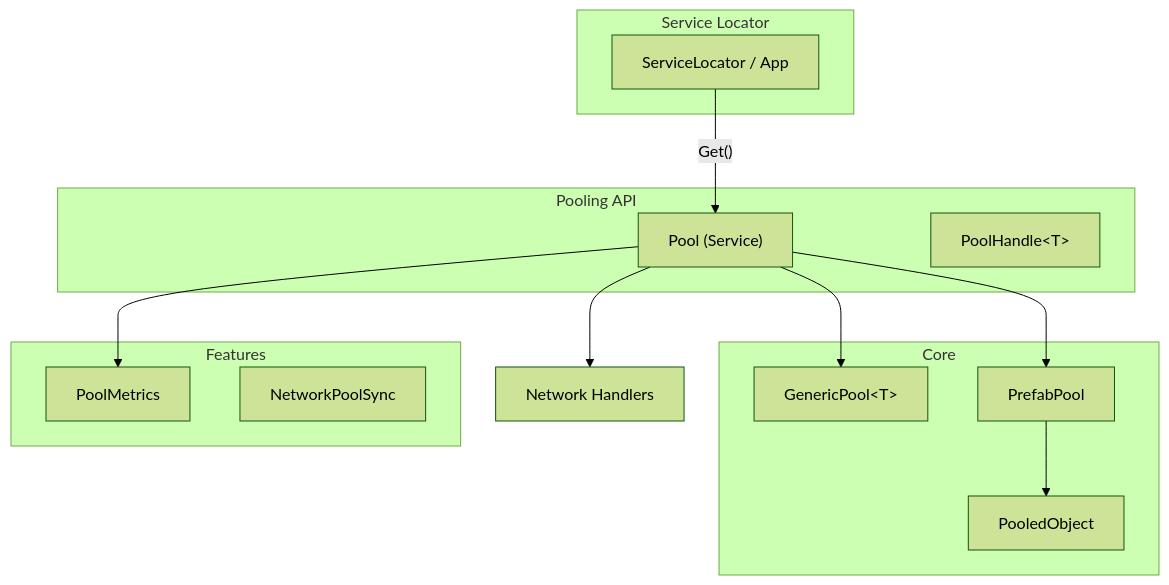
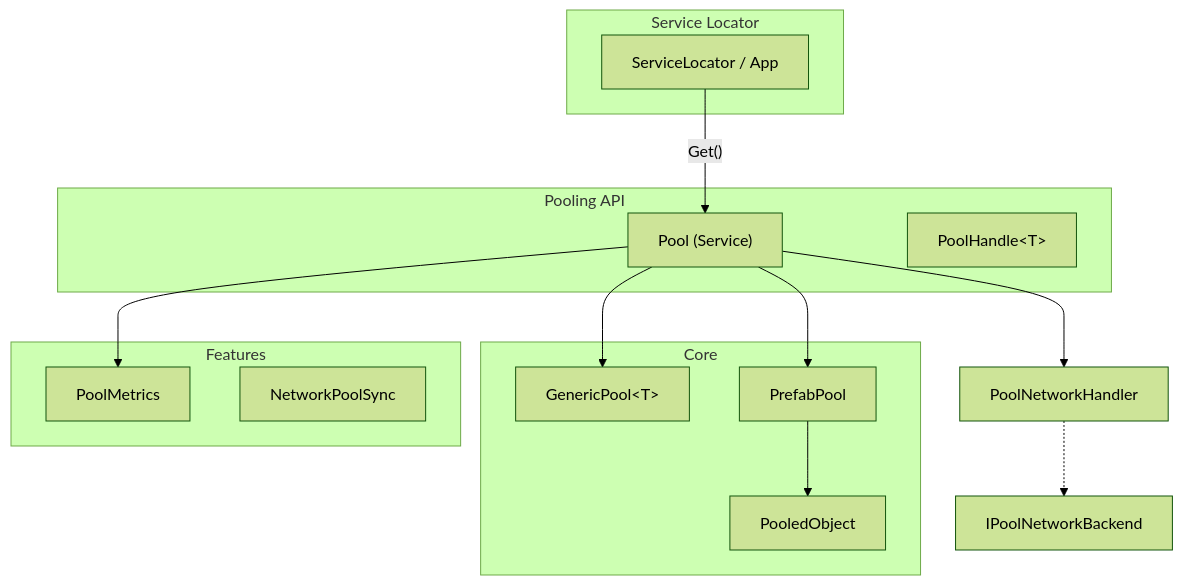
Before and after one commit to eraflo/Catalyst: the diagram in Documentation~/Modules/Pooling.md, drawn with Mermaid (forest theme). The commit also changed other lines of this file and 95 other files, not shown here.

First line of the commit message:
feat(networking): major architecture refactor and comprehensive documentation

````diff
--- a/Documentation~/Modules/Pooling.md
+++ b/Documentation~/Modules/Pooling.md
@@ -33,29 +33,30 @@
 ```mermaid
 graph TB
     subgraph "Service Locator"
         SL["ServiceLocator / App"]
     end
 
     subgraph "Pooling API"
         PF["Pool (Service)"]
         PH["PoolHandle&lt;T&gt;"]
     end
 
     subgraph "Core"
         GP["GenericPool&lt;T&gt;"]
         PP["PrefabPool"]
         PO["PooledObject"]
     end
 
     subgraph "Features"
         PM["PoolMetrics"]
         NPS["NetworkPoolSync"]
     end
 
     SL -- "Get<Pool>()" --> PF
     PF --> GP
     PF --> PP
     PP --> PO
     PF --> PM
-    PF --> PHL["Network Handlers"]
+    PF --> PNH["PoolNetworkHandler"]
+    PNH -.-> IPB["IPoolNetworkBackend"]
 ```
````
